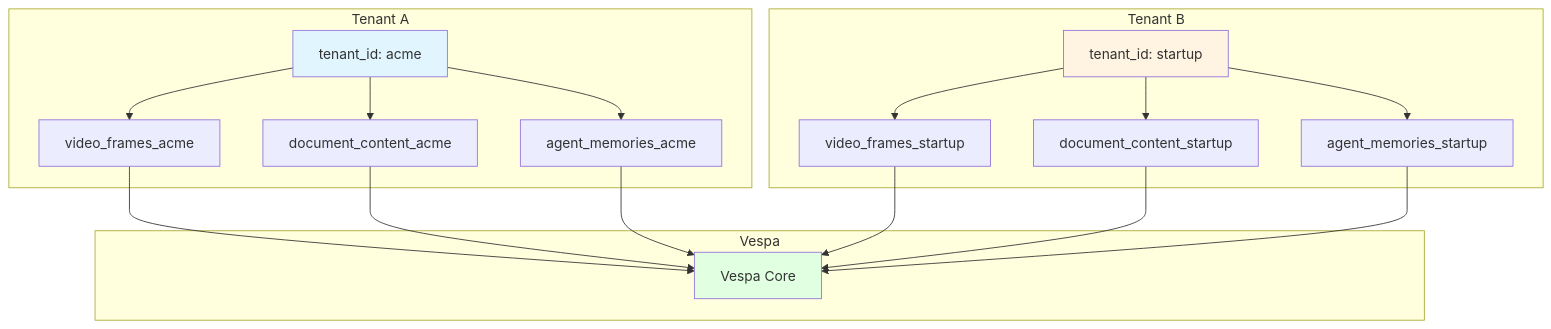
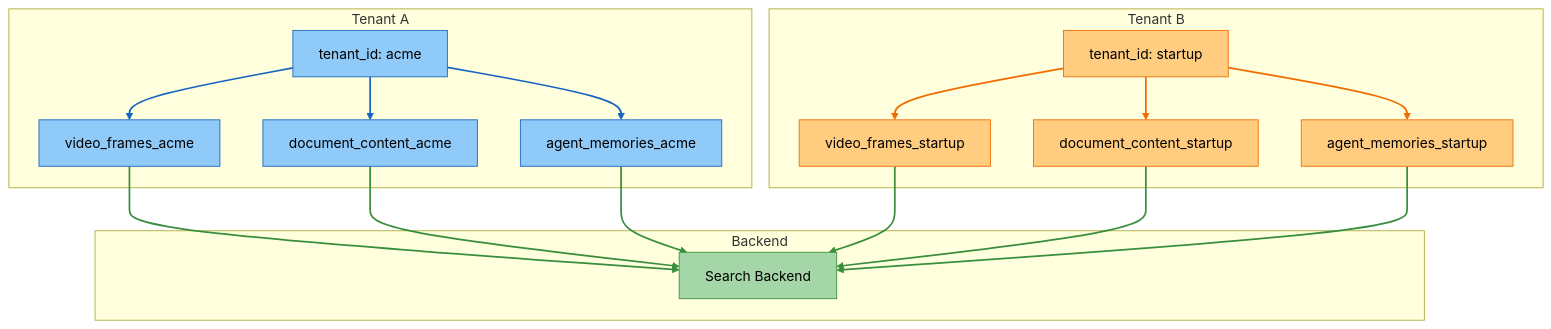
One commit to amit-jain/cogniverse changed the second of 6 diagrams in docs/architecture/overview.md. Above: the diagram before and after it, drawn with Mermaid. The commit also changed other lines of this file and 83 other files, not shown here.

First line of the commit message:
Fix documentation veracity, formatting, and diagrams across all modules

````diff
--- a/docs/architecture/overview.md
+++ b/docs/architecture/overview.md
@@ -389,29 +235,39 @@
 ```mermaid
-graph TB
+flowchart TB
     subgraph "Tenant A"
-        TenantA[tenant_id: acme]
-        TenantA --> SchemaA1[video_frames_acme]
-        TenantA --> SchemaA2[document_content_acme]
-        TenantA --> SchemaA3[agent_memories_acme]
+        TenantA["<span style='color:#000'>tenant_id: acme</span>"]
+        TenantA --> SchemaA1["<span style='color:#000'>video_frames_acme</span>"]
+        TenantA --> SchemaA2["<span style='color:#000'>document_content_acme</span>"]
+        TenantA --> SchemaA3["<span style='color:#000'>agent_memories_acme</span>"]
     end
 
     subgraph "Tenant B"
-        TenantB[tenant_id: startup]
-        TenantB --> SchemaB1[video_frames_startup]
-        TenantB --> SchemaB2[document_content_startup]
-        TenantB --> SchemaB3[agent_memories_startup]
+        TenantB["<span style='color:#000'>tenant_id: startup</span>"]
+        TenantB --> SchemaB1["<span style='color:#000'>video_frames_startup</span>"]
+        TenantB --> SchemaB2["<span style='color:#000'>document_content_startup</span>"]
+        TenantB --> SchemaB3["<span style='color:#000'>agent_memories_startup</span>"]
     end
 
-    subgraph "Vespa"
-        SchemaA1 --> VespaCore[Vespa Core]
-        SchemaA2 --> VespaCore
-        SchemaA3 --> VespaCore
-        SchemaB1 --> VespaCore
-        SchemaB2 --> VespaCore
-        SchemaB3 --> VespaCore
+    subgraph "Backend"
+        SchemaA1 --> BackendCore["<span style='color:#000'>Search Backend</span>"]
+        SchemaA2 --> BackendCore
+        SchemaA3 --> BackendCore
+        SchemaB1 --> BackendCore
+        SchemaB2 --> BackendCore
+        SchemaB3 --> BackendCore
     end
 
-    style TenantA fill:#e1f5ff
-    style TenantB fill:#fff4e1
-    style VespaCore fill:#e1ffe1
+    style TenantA fill:#90caf9,stroke:#1565c0,color:#000
+    style SchemaA1 fill:#90caf9,stroke:#1565c0,color:#000
+    style SchemaA2 fill:#90caf9,stroke:#1565c0,color:#000
+    style SchemaA3 fill:#90caf9,stroke:#1565c0,color:#000
+    style TenantB fill:#ffcc80,stroke:#ef6c00,color:#000
+    style SchemaB1 fill:#ffcc80,stroke:#ef6c00,color:#000
+    style SchemaB2 fill:#ffcc80,stroke:#ef6c00,color:#000
+    style SchemaB3 fill:#ffcc80,stroke:#ef6c00,color:#000
+    style BackendCore fill:#a5d6a7,stroke:#388e3c,color:#000
+
+    linkStyle 0,1,2 stroke:#1565c0,stroke-width:2px
+    linkStyle 3,4,5 stroke:#ef6c00,stroke-width:2px
+    linkStyle 6,7,8,9,10,11 stroke:#388e3c,stroke-width:2px
 ```
````
